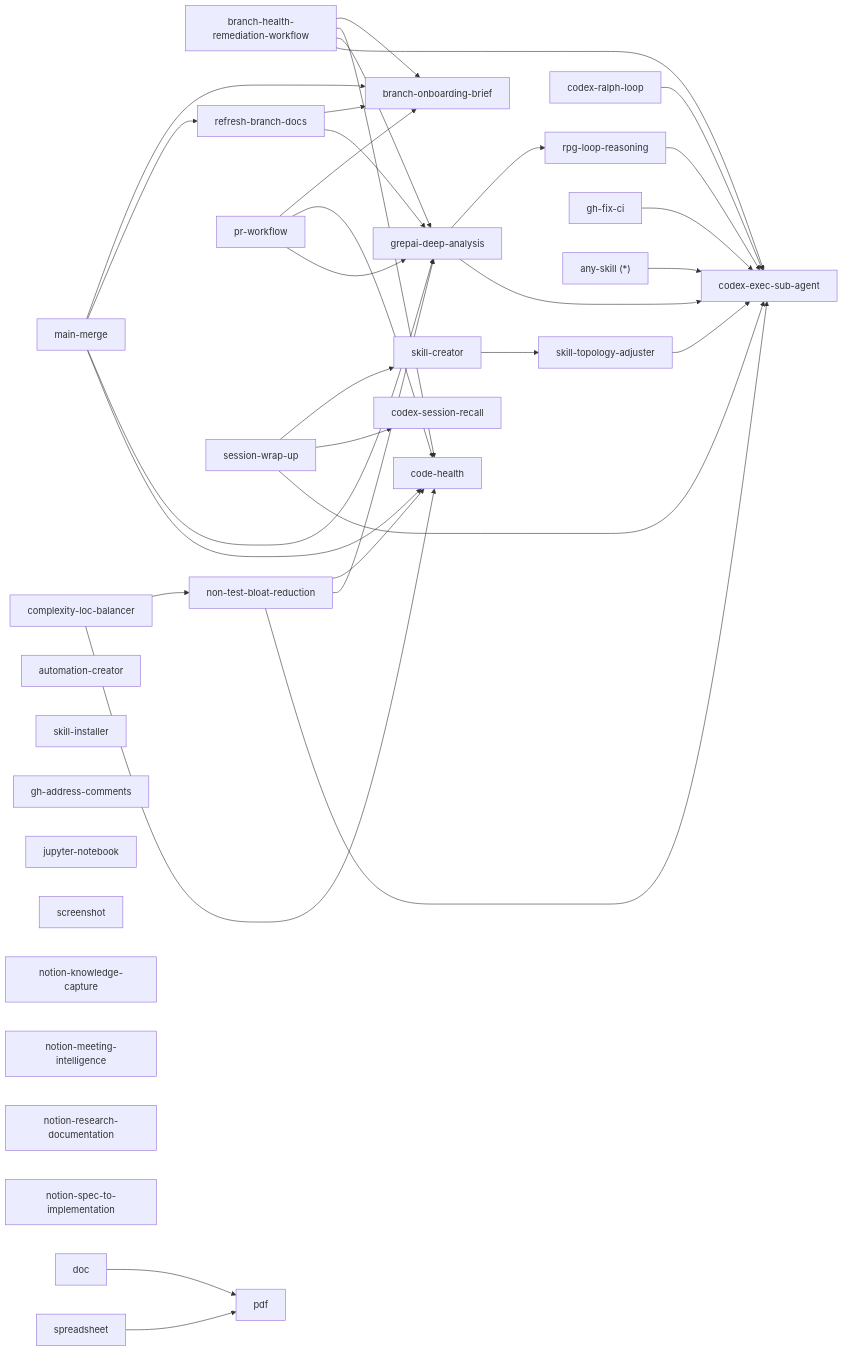
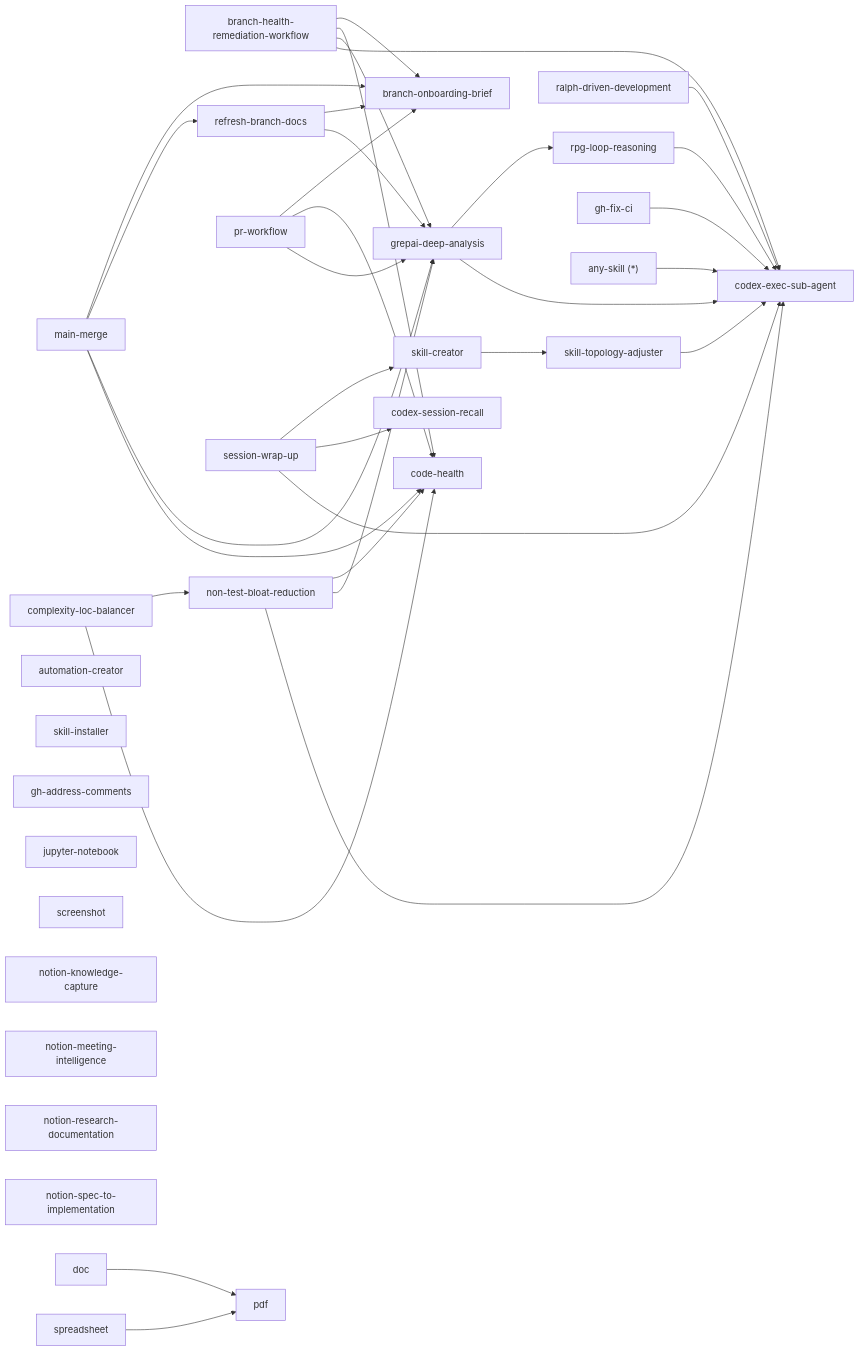
Before and after one commit to tinker495/codex-assets: the first of 2 diagrams in skills/skill-topology-adjuster/references/skill_topology.md, drawn with Mermaid. The commit also changed other lines of this file and 7 other files, not shown here.

````diff
--- a/skills/skill-topology-adjuster/references/skill_topology.md
+++ b/skills/skill-topology-adjuster/references/skill_topology.md
@@ -98,57 +98,57 @@
 ```mermaid
 flowchart LR
   BHRW["branch-health-remediation-workflow"] --> BOB["branch-onboarding-brief"]
   BHRW --> CH["code-health"]
   BHRW --> GDA["grepai-deep-analysis"]
 
   NTBR["non-test-bloat-reduction"] --> CH
   NTBR --> GDA
 
   CLB["complexity-loc-balancer"] --> NTBR
   CLB --> CH
 
   MM["main-merge"] --> BOB
   MM --> RBD["refresh-branch-docs"]
   MM --> GDA
   MM --> CH
 
   RBD --> BOB
   RBD --> GDA
 
   GDA --> RLR["rpg-loop-reasoning"]
 
   PR["pr-workflow"] --> BOB
   PR --> CH
   PR --> GDA
 
-  CRL["codex-ralph-loop"]
+  RDD["ralph-driven-development"]
 
   SWU["session-wrap-up"] --> SC["skill-creator"]
   SWU --> CSR["codex-session-recall"]
 
   SC --> STA["skill-topology-adjuster"]
 
   AC["automation-creator"]
   SI["skill-installer"]
   GHF["gh-fix-ci"]
   GHC["gh-address-comments"]
   JNB["jupyter-notebook"]
   SHOT["screenshot"]
   NKC["notion-knowledge-capture"]
   NMI["notion-meeting-intelligence"]
   NRD["notion-research-documentation"]
   NSI["notion-spec-to-implementation"]
 
   DOC["doc"] --> PDF["pdf"]
   SS["spreadsheet"] --> PDF
   ANY["any-skill (*)"] --> CESA["codex-exec-sub-agent"]
 
   GDA --> CESA
   BHRW --> CESA
   NTBR --> CESA
   RLR --> CESA
   STA --> CESA
-  CRL --> CESA
+  RDD --> CESA
   SWU --> CESA
   GHF --> CESA
 ```
````
